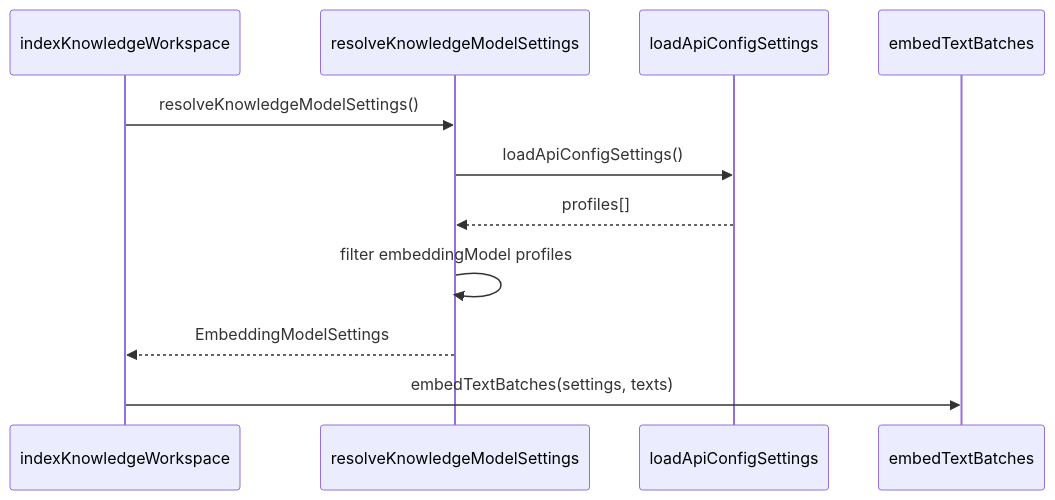
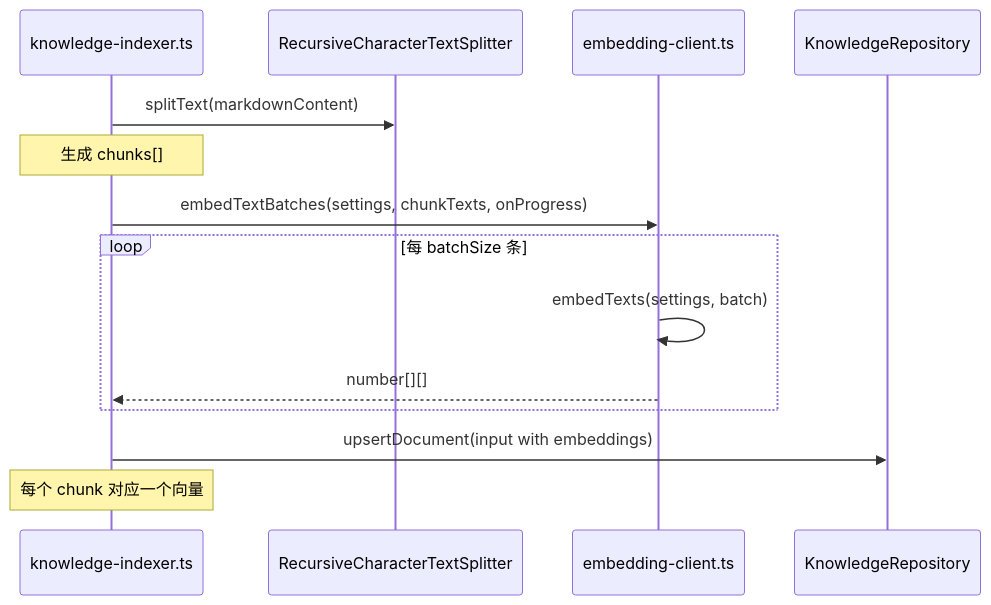
The third of 4 diagrams in .tech/repowiki/zh/content/核心模块规格/知识库后端引擎总览/知识库后端引擎：embedding client.md (lst016/tech-cc-hub), drawn with Mermaid before and after one commit. The commit also changed other lines of this file and 176 other files, not shown here.

Commit message:
fix: stabilize repo wiki generation progress

````diff
--- a/.tech/repowiki/zh/content/核心模块规格/知识库后端引擎总览/知识库后端引擎：embedding client.md
+++ b/.tech/repowiki/zh/content/核心模块规格/知识库后端引擎总览/知识库后端引擎：embedding client.md
@@ -337,14 +264,19 @@
 ```mermaid
 sequenceDiagram
-    participant Caller as indexKnowledgeWorkspace
-    participant Settings as resolveKnowledgeModelSettings
-    participant ConfigStore as loadApiConfigSettings
-    participant Client as embedTextBatches
+    participant indexer as knowledge-indexer.ts
+    participant splitter as RecursiveCharacterTextSplitter
+    participant embed as embedding-client.ts
+    participant repo as KnowledgeRepository
 
-    Caller->>Settings: resolveKnowledgeModelSettings()
-    Settings->>ConfigStore: loadApiConfigSettings()
-    ConfigStore-->>Settings: profiles[]
-    Settings->>Settings: filter embeddingModel profiles
-    Settings-->>Caller: EmbeddingModelSettings
-    Caller->>Client: embedTextBatches(settings, texts)
+    indexer->>splitter: splitText(markdownContent)
+    Note over indexer: 生成 chunks[]
+
+    indexer->>embed: embedTextBatches(settings, chunkTexts, onProgress)
+    loop 每 batchSize 条
+        embed->>embed: embedTexts(settings, batch)
+        embed-->>indexer: number[][]
+    end
+
+    indexer->>repo: upsertDocument(input with embeddings)
+    Note over indexer: 每个 chunk 对应一个向量
 ```
````
